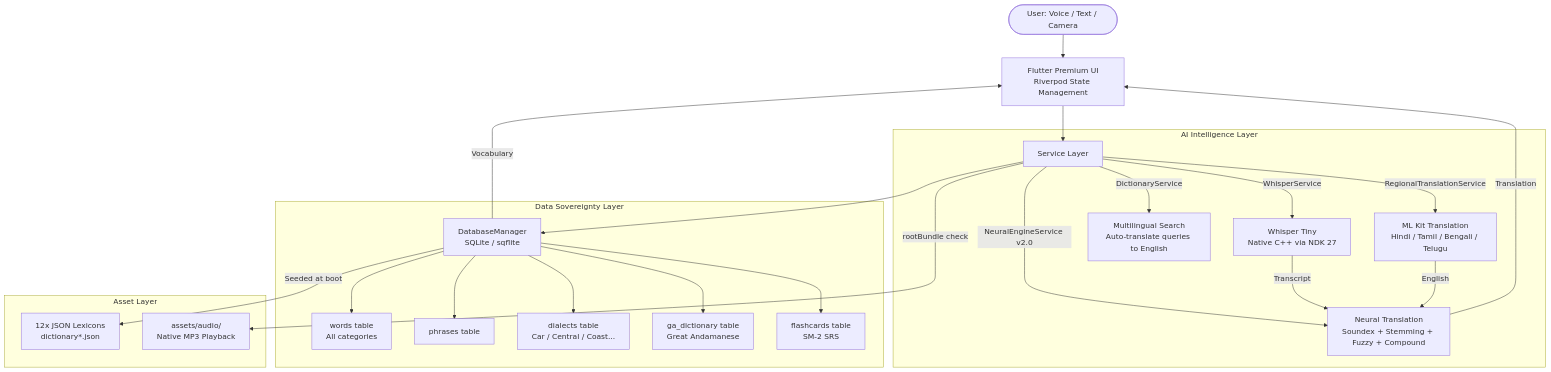
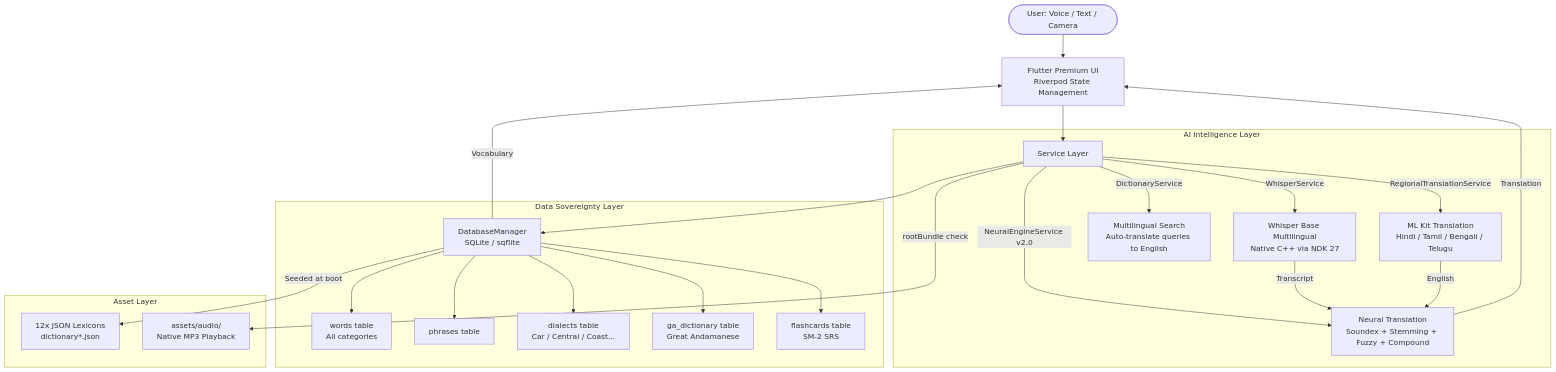
One commit to sathiyatskrj/Speechmate changed the diagram in README.md. Above: the diagram before and after it, drawn with Mermaid. The commit also changed other lines of this file, not shown here.

````diff
--- a/README.md
+++ b/README.md
@@ -139,31 +139,31 @@
 ```mermaid
 graph TD
     User([User: Voice / Text / Camera]) --> UI[Flutter Premium UI\nRiverpod State Management]
     UI --> Service[Service Layer]
 
     subgraph "AI Intelligence Layer"
-        Service --> |WhisperService| Whisper[Whisper Tiny\nNative C++ via NDK 27]
+        Service --> |WhisperService| Whisper[Whisper Base Multilingual\nNative C++ via NDK 27]
         Service --> |NeuralEngineService v2.0| Neural[Neural Translation\nSoundex + Stemming + Fuzzy + Compound]
         Service --> |RegionalTranslationService| Regional[ML Kit Translation\nHindi / Tamil / Bengali / Telugu]
         Service --> |DictionaryService| AutoTranslate[Multilingual Search\nAuto-translate queries to English]
     end
 
     subgraph "Data Sovereignty Layer"
         Service --> DB[DatabaseManager\nSQLite / sqflite]
         DB --> W[words table\nAll categories]
         DB --> P[phrases table]
         DB --> D[dialects table\nCar / Central / Coast...]
         DB --> GA[ga_dictionary table\nGreat Andamanese]
         DB --> FC[flashcards table\nSM-2 SRS]
     end
 
     subgraph "Asset Layer"
         DB --> |Seeded at boot| JSON[12x JSON Lexicons\ndictionary*.json]
         Service --> |rootBundle check| Audio[assets/audio/\nNative MP3 Playback]
     end
 
     Whisper --> |Transcript| Neural
     Regional --> |English| Neural
     Neural --> |Translation| UI
     DB --> |Vocabulary| UI
 ```
````
